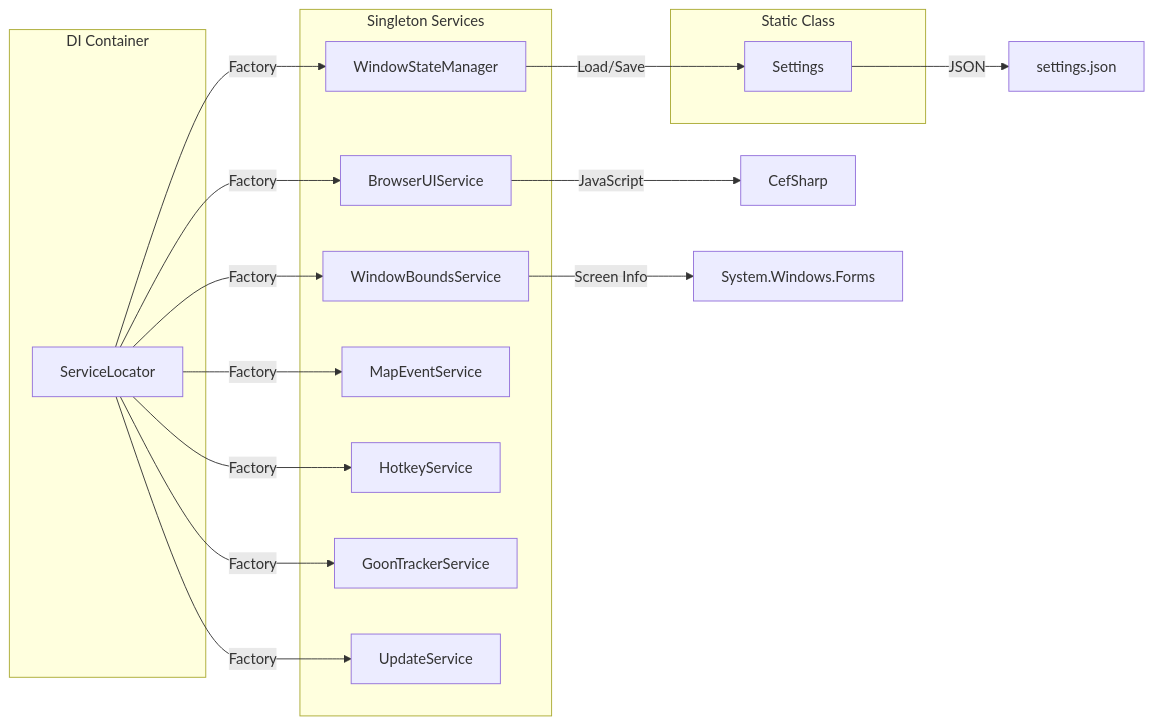
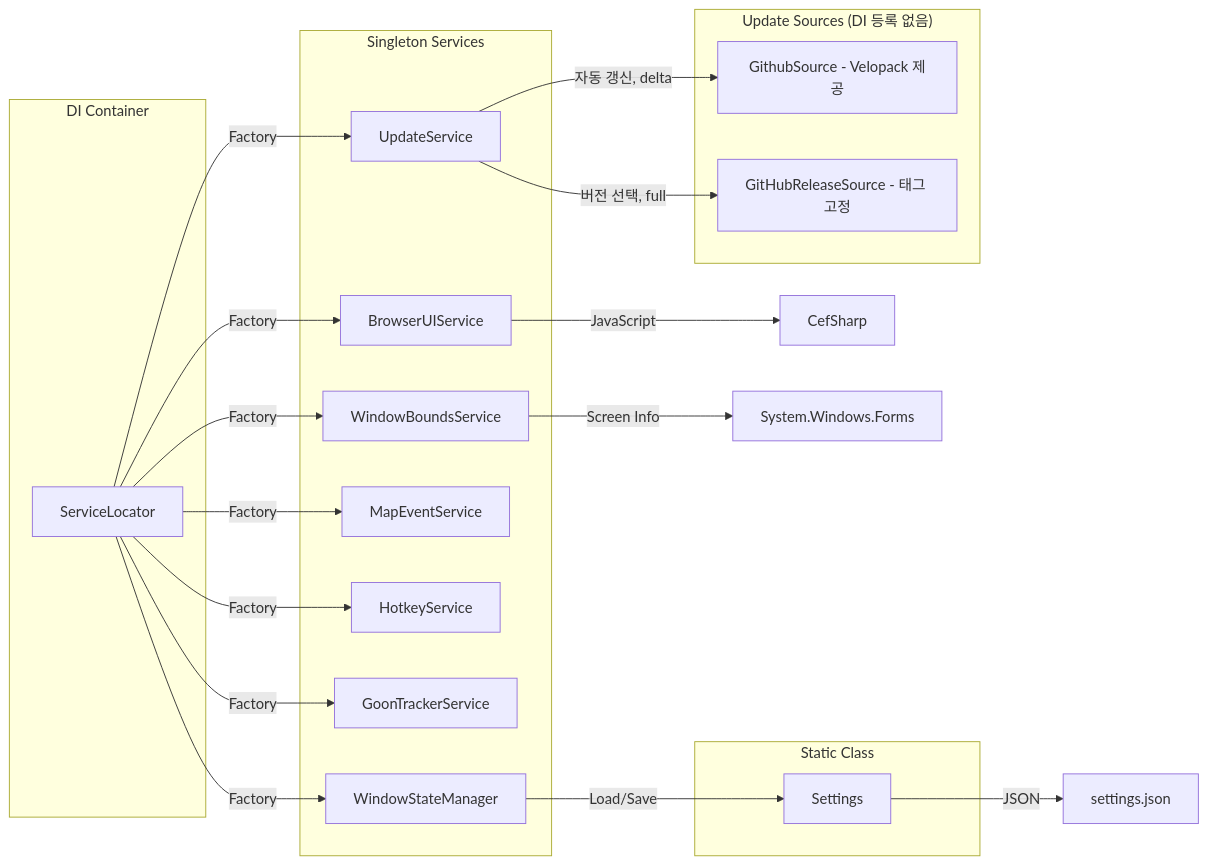
Before and after one commit to siakun/TanukiTarkovMap: the sixth of 8 diagrams in PROJECT.md, drawn with Mermaid. The commit also changed other lines of this file and 10 other files, not shown here.

````diff
--- a/PROJECT.md
+++ b/PROJECT.md
@@ -217,33 +217,41 @@
 ```mermaid
 graph LR
     subgraph DI["DI Container"]
         SL[ServiceLocator]
     end
 
     subgraph Services["Singleton Services"]
         BUI[BrowserUIService]
         WBS[WindowBoundsService]
         WSM[WindowStateManager]
         MES[MapEventService]
         HKS[HotkeyService]
         GTS[GoonTrackerService]
         UPS[UpdateService]
     end
 
     subgraph Static["Static Class"]
         SET[Settings]
     end
 
+    subgraph UpdateSources["Update Sources (DI 등록 없음)"]
+        GHS[GithubSource - Velopack 제공]
+        GRS[GitHubReleaseSource - 태그 고정]
+    end
+
     SL -->|Factory| BUI
     SL -->|Factory| WBS
     SL -->|Factory| WSM
     SL -->|Factory| MES
     SL -->|Factory| HKS
     SL -->|Factory| GTS
     SL -->|Factory| UPS
 
+    UPS -->|자동 갱신, delta| GHS
+    UPS -->|버전 선택, full| GRS
+
     WSM -->|Load/Save| SET
     SET -->|JSON| FILE[settings.json]
     BUI -->|JavaScript| CEF[CefSharp]
     WBS -->|Screen Info| WIN[System.Windows.Forms]
 ```
````
